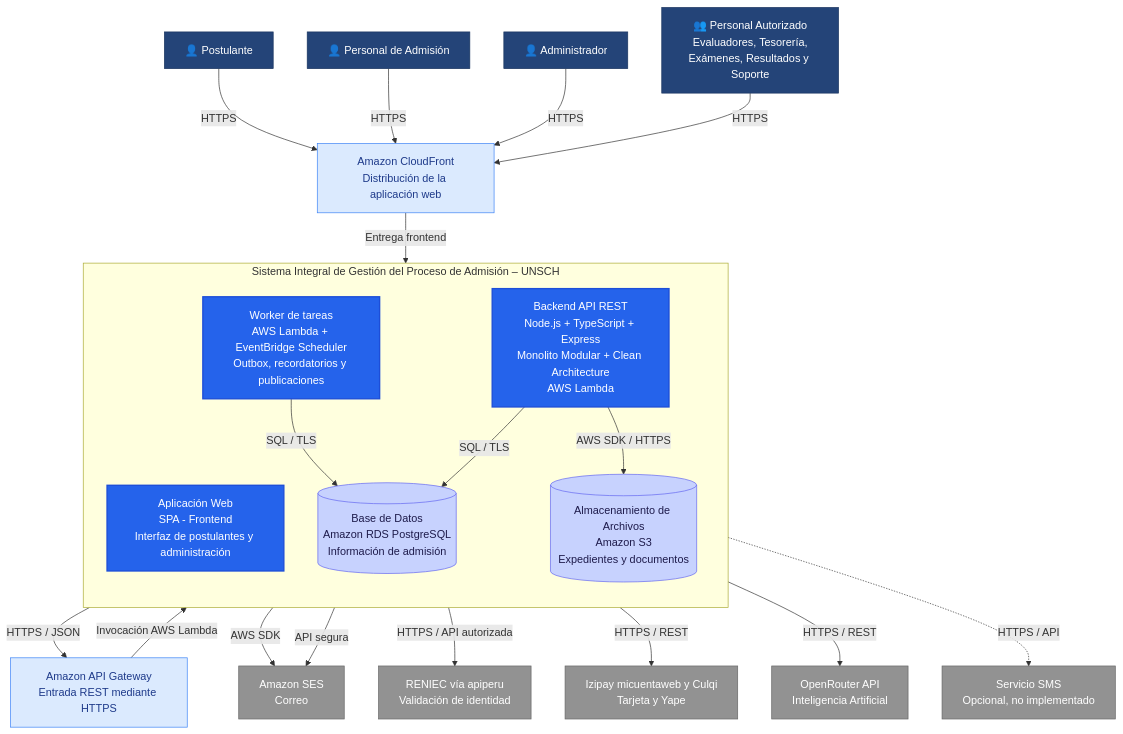
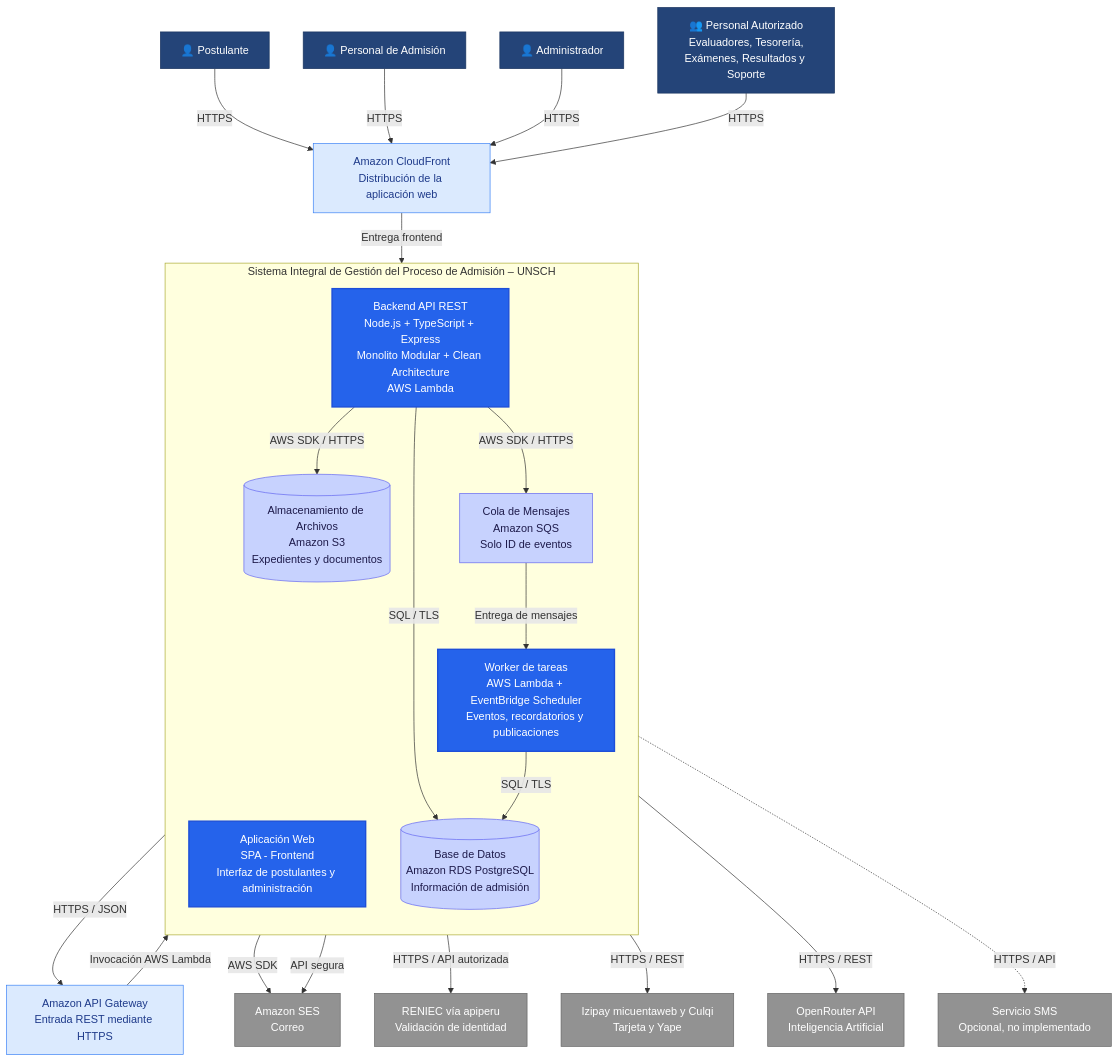
Before and after one commit to DiegoCoras06/sia-unsch-admision: the diagram in docs/04-modelo-c4/Nivel2-DiagramadeContenedores.md, drawn with Mermaid. The commit also changed other lines of this file and 16 other files, not shown here.

First line of the commit message:
Documentación: 12 módulos y mensajería con Amazon SQS

````diff
--- a/docs/04-modelo-c4/Nivel2-DiagramadeContenedores.md
+++ b/docs/04-modelo-c4/Nivel2-DiagramadeContenedores.md
@@ -29,71 +29,76 @@
 ```mermaid
 flowchart TB
 
     P["👤 Postulante"]
     PA["👤 Personal de Admisión"]
     ADM["👤 Administrador"]
     OTROS["👥 Personal Autorizado<br/>Evaluadores, Tesorería,<br/>Exámenes, Resultados y Soporte"]
 
     subgraph UNSCH["Sistema Integral de Gestión del Proceso de Admisión – UNSCH"]
         direction TB
 
         WEB["Aplicación Web<br/>SPA - Frontend<br/>Interfaz de postulantes y administración"]
 
         API["Backend API REST<br/>Node.js + TypeScript + Express<br/>Monolito Modular + Clean Architecture<br/>AWS Lambda"]
 
         DB[("Base de Datos<br/>Amazon RDS PostgreSQL<br/>Información de admisión")]
 
-        WORKER["Worker de tareas<br/>AWS Lambda + EventBridge Scheduler<br/>Outbox, recordatorios y publicaciones"]
+        WORKER["Worker de tareas<br/>AWS Lambda + EventBridge Scheduler<br/>Eventos, recordatorios y publicaciones"]
+
+        QUEUE["Cola de Mensajes<br/>Amazon SQS<br/>Solo ID de eventos"]
 
         STORAGE[("Almacenamiento de Archivos<br/>Amazon S3<br/>Expedientes y documentos")]
 
     end
 
     GATEWAY["Amazon API Gateway<br/>Entrada REST mediante HTTPS"]
 
     CDN["Amazon CloudFront<br/>Distribución de la aplicación web"]
 
     RENIEC["RENIEC vía apiperu<br/>Validación de identidad"]
 
     PAYMENT["Izipay micuentaweb y Culqi<br/>Tarjeta y Yape"]
 
     OPENROUTER["OpenRouter API<br/>Inteligencia Artificial"]
 
     EMAIL["Amazon SES<br/>Correo"]
 
     SMS["Servicio SMS<br/>Opcional, no implementado"]
 
     P -->|"HTTPS"| CDN
     PA -->|"HTTPS"| CDN
     ADM -->|"HTTPS"| CDN
     OTROS -->|"HTTPS"| CDN
 
     CDN -->|"Entrega frontend"| WEB
 
     WEB -->|"HTTPS / JSON"| GATEWAY
     GATEWAY -->|"Invocación AWS Lambda"| API
 
     API -->|"SQL / TLS"| DB
     API -->|"AWS SDK / HTTPS"| STORAGE
+    API -->|"AWS SDK / HTTPS"| QUEUE
+    QUEUE -->|"Entrega de mensajes"| WORKER
     WORKER -->|"SQL / TLS"| DB
     WORKER -->|"AWS SDK"| EMAIL
 
     API -->|"HTTPS / API autorizada"| RENIEC
     API -->|"HTTPS / REST"| PAYMENT
     API -->|"HTTPS / REST"| OPENROUTER
     API -->|"API segura"| EMAIL
     API -.->|"HTTPS / API"| SMS
 
     classDef persona fill:#244478,color:#ffffff,stroke:#19345f
     classDef aplicacion fill:#2563eb,color:#ffffff,stroke:#1d4ed8,stroke-width:2px
     classDef datos fill:#c7d2fe,color:#1e1b4b,stroke:#6366f1
     classDef infraestructura fill:#dbeafe,color:#1e3a8a,stroke:#3b82f6
     classDef externo fill:#929292,color:#ffffff,stroke:#666666
 
     class P,PA,ADM,OTROS persona
     class WEB,API aplicacion
     class DB,STORAGE datos
+    class QUEUE datos
     class WORKER aplicacion
     class CDN,GATEWAY infraestructura
     class RENIEC,PAYMENT,OPENROUTER,EMAIL,SMS externo
 ```
````
